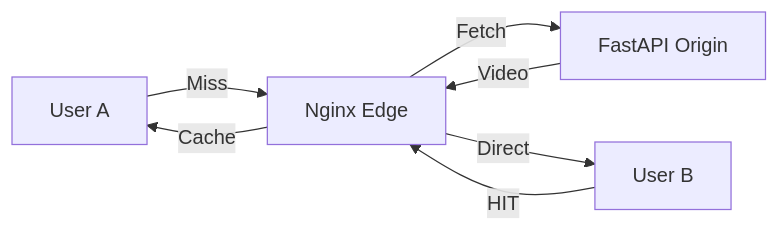
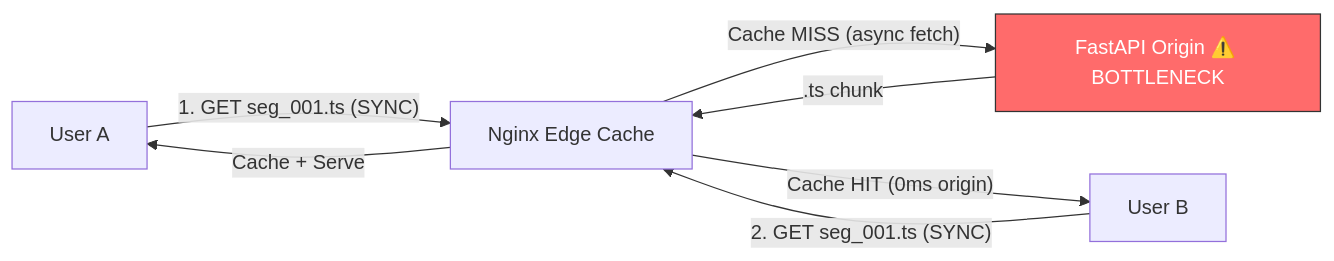
The diagram in projects/04-streaming-optimization/README.md (Dannavv/VideoScale-Engineering-From-Monolith-to-Cloud-Native-Streaming), drawn with Mermaid before and after one commit. The commit also changed other lines of this file and 3 other files, not shown here.

````diff
--- a/projects/04-streaming-optimization/README.md
+++ b/projects/04-streaming-optimization/README.md
@@ -13,9 +13,11 @@
 ```mermaid
 graph LR
-    User1[User A] -->|Miss| Edge[Nginx Edge]
-    User2[User B] -->|HIT| Edge
-    Edge -->|Fetch| API[FastAPI Origin]
-    API -->|Video| Edge
-    Edge -->|Cache| User1
-    Edge -->|Direct| User2
+    User1[User A] -->|"1. GET seg_001.ts (SYNC)"| Edge[Nginx Edge Cache]
+    User2[User B] -->|"2. GET seg_001.ts (SYNC)"| Edge
+    Edge -->|"Cache MISS (async fetch)"| API["FastAPI Origin ⚠️ BOTTLENECK"]
+    API -->|".ts chunk"| Edge
+    Edge -->|"Cache + Serve"| User1
+    Edge -->|"Cache HIT (0ms origin)"| User2
+    
+    style API fill:#ff6b6b,stroke:#333,color:#fff
 ```
````
